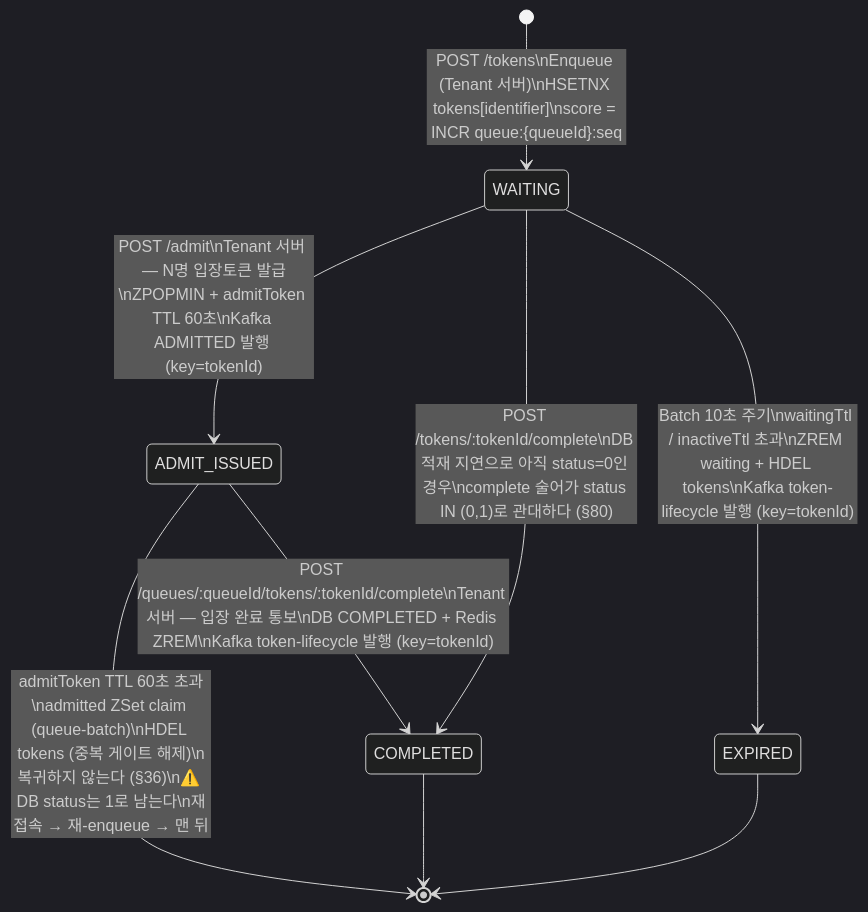
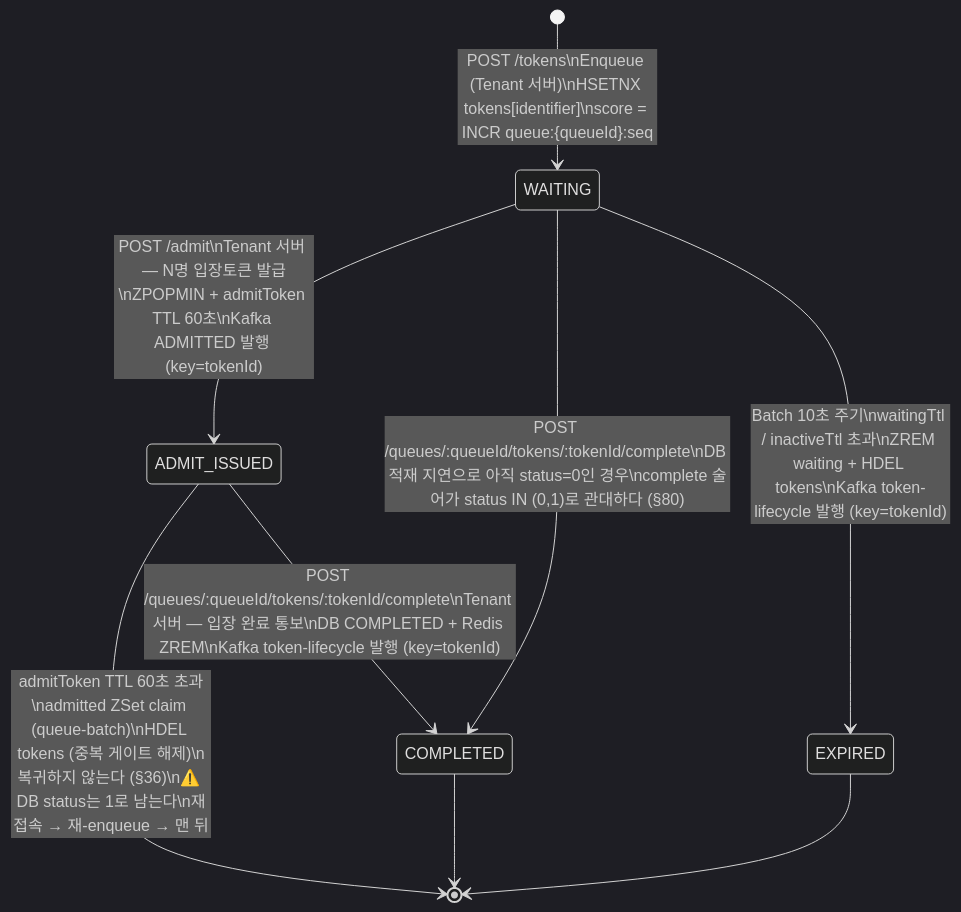
The first of 3 diagrams in doc/STATE.md (S-Onix/queue-platform), drawn with Mermaid (dark theme) before and after one commit. The commit also changed other lines of this file and 14 other files, not shown here.

````diff
--- a/doc/STATE.md
+++ b/doc/STATE.md
@@ -9,17 +9,17 @@
 ```mermaid
 stateDiagram-v2
     [*] --> WAITING : POST /tokens\nEnqueue (Tenant 서버)\nHSETNX tokens[identifier]\nscore = INCR queue:{queueId}:seq
 
     WAITING --> ADMIT_ISSUED : POST /admit\nTenant 서버 — N명 입장토큰 발급\nZPOPMIN + admitToken TTL 60초\nKafka ADMITTED 발행 (key=tokenId)
 
     ADMIT_ISSUED --> COMPLETED : POST /queues/:queueId/tokens/:tokenId/complete\nTenant 서버 — 입장 완료 통보\nDB COMPLETED + Redis ZREM\nKafka token-lifecycle 발행 (key=tokenId)
 
-    WAITING --> COMPLETED : POST /tokens/:tokenId/complete\nDB 적재 지연으로 아직 status=0인 경우\ncomplete 술어가 status IN (0,1)로 관대하다 (§80)
+    WAITING --> COMPLETED : POST /queues/:queueId/tokens/:tokenId/complete\nDB 적재 지연으로 아직 status=0인 경우\ncomplete 술어가 status IN (0,1)로 관대하다 (§80)
 
     ADMIT_ISSUED --> [*] : admitToken TTL 60초 초과\nadmitted ZSet claim (queue-batch)\nHDEL tokens (중복 게이트 해제)\n복귀하지 않는다 (§36)\n⚠️ DB status는 1로 남는다\n재접속 → 재-enqueue → 맨 뒤
 
     WAITING --> EXPIRED : Batch 10초 주기\nwaitingTtl / inactiveTtl 초과\nZREM waiting + HDEL tokens\nKafka token-lifecycle 발행 (key=tokenId)
 
     COMPLETED --> [*]
     EXPIRED --> [*]
 ```
````
